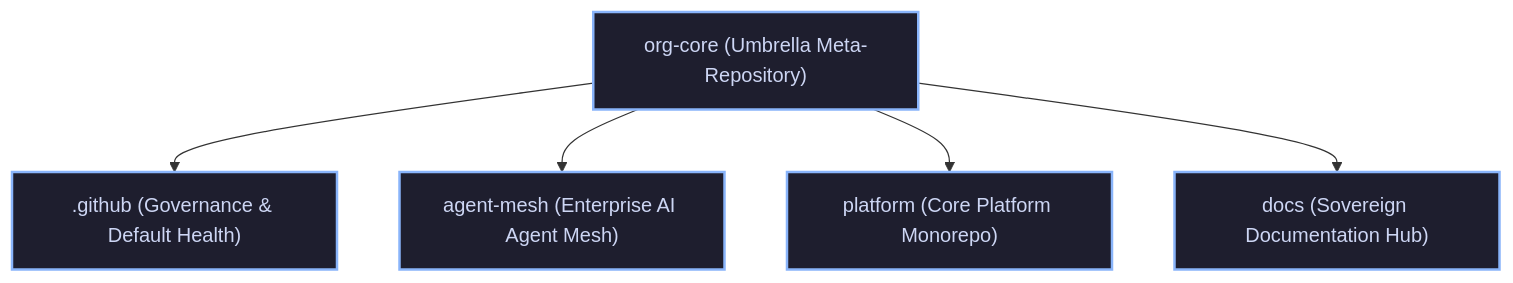
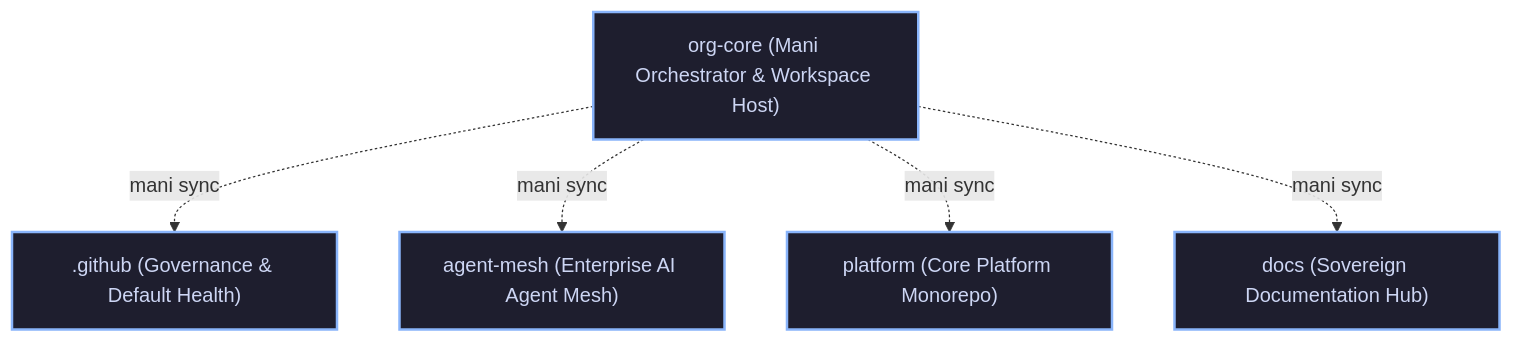
The diagram in README.md (tupynambalucas-dev/org-core), drawn with Mermaid before and after one commit. The commit also changed other lines of this file and 6 other files, not shown here.

Commit message:
feat(orchestration): replace git submodules with mani workspace manifest (#2)

````diff
--- a/README.md
+++ b/README.md
@@ -11,14 +11,14 @@
 ```mermaid
 graph TD
   direction TB
 
-  Meta["org-core (Umbrella Meta-Repository)"]
+  Host["org-core (Mani Orchestrator & Workspace Host)"]
 
-  Meta --> Sub1[".github (Governance & Default Health)"]
-  Meta --> Sub2["agent-mesh (Enterprise AI Agent Mesh)"]
-  Meta --> Sub3["platform (Core Platform Monorepo)"]
-  Meta --> Sub4["docs (Sovereign Documentation Hub)"]
+  Host -. "mani sync" .-> Repo1[".github (Governance & Default Health)"]
+  Host -. "mani sync" .-> Repo2["agent-mesh (Enterprise AI Agent Mesh)"]
+  Host -. "mani sync" .-> Repo3["platform (Core Platform Monorepo)"]
+  Host -. "mani sync" .-> Repo4["docs (Sovereign Documentation Hub)"]
 
   classDef repo fill:#1e1e2e,stroke:#89b4fa,stroke-width:2px,color:#cdd6f4;
-  class Meta,Sub1,Sub2,Sub3,Sub4 repo;
+  class Host,Repo1,Repo2,Repo3,Repo4 repo;
 ```
````
